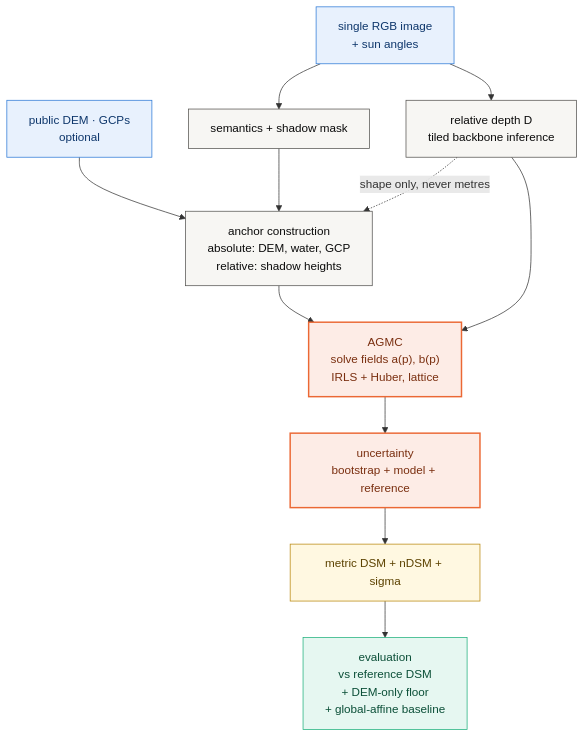
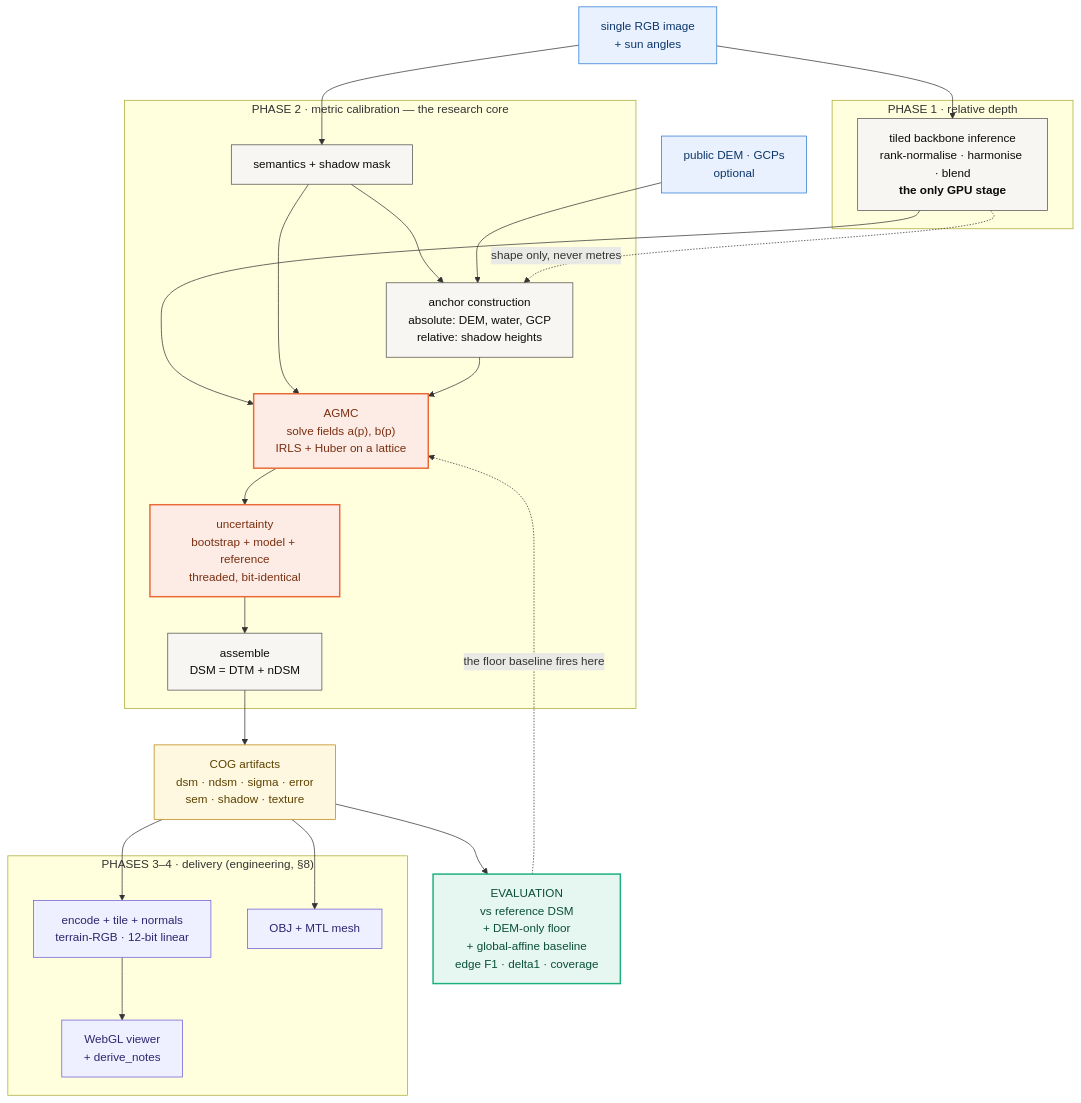
Before and after one commit to Sisigoks/AYAMA: the first of 3 diagrams in README.md, drawn with Mermaid. The commit also changed other lines of this file and 5 other files, not shown here.

````diff
--- a/README.md
+++ b/README.md
@@ -87,26 +87,44 @@
 ```mermaid
 flowchart TB
     classDef inp  fill:#e8f1fd,stroke:#2a78d6,color:#0d366b
-    classDef st   fill:#f7f6f3,stroke:#52514e,color:#0b0b0b
+    classDef p1   fill:#f7f6f3,stroke:#52514e,color:#0b0b0b
     classDef core fill:#fdece6,stroke:#eb6834,stroke-width:2px,color:#7a2f10
     classDef out  fill:#fff8e1,stroke:#b8860b,color:#5c4200
-    classDef ev   fill:#e6f7f1,stroke:#1baf7a,color:#0b4f38
+    classDef ev   fill:#e6f7f1,stroke:#1baf7a,stroke-width:2px,color:#0b4f38
+    classDef p3   fill:#eef0ff,stroke:#6b5bd6,color:#2f2470
 
     IMG["single RGB image<br/>+ sun angles"]:::inp
     AUX["public DEM · GCPs<br/>optional"]:::inp
 
-    DEP["relative depth D<br/>tiled backbone inference"]:::st
-    SEM["semantics + shadow mask"]:::st
-    ANC["anchor construction<br/>absolute: DEM, water, GCP<br/>relative: shadow heights"]:::st
+    subgraph PH1["PHASE 1 · relative depth"]
+        DEP["tiled backbone inference<br/>rank-normalise · harmonise · blend<br/><b>the only GPU stage</b>"]:::p1
+    end
 
-    AGMC["AGMC<br/>solve fields a(p), b(p)<br/>IRLS + Huber, lattice"]:::core
-    UNC["uncertainty<br/>bootstrap + model + reference"]:::core
+    subgraph PH2["PHASE 2 · metric calibration — the research core"]
+        SEM["semantics + shadow mask"]:::p1
+        ANC["anchor construction<br/>absolute: DEM, water, GCP<br/>relative: shadow heights"]:::p1
+        AGMC["AGMC<br/>solve fields a(p), b(p)<br/>IRLS + Huber on a lattice"]:::core
+        UNC["uncertainty<br/>bootstrap + model + reference<br/>threaded, bit-identical"]:::core
+        ASM["assemble<br/>DSM = DTM + nDSM"]:::p1
+    end
 
-    DSM["metric DSM + nDSM + sigma"]:::out
-    EVAL["evaluation<br/>vs reference DSM<br/>+ DEM-only floor<br/>+ global-affine baseline"]:::ev
+    COG["COG artifacts<br/>dsm · ndsm · sigma · error<br/>sem · shadow · texture"]:::out
+
+    subgraph PH34["PHASES 3–4 · delivery (engineering, §8)"]
+        TILE["encode + tile + normals<br/>terrain-RGB · 12-bit linear"]:::p3
+        MESH["OBJ + MTL mesh"]:::p3
+        VIEW["WebGL viewer<br/>+ derive_notes"]:::p3
+    end
+
+    EVAL["EVALUATION<br/>vs reference DSM<br/>+ DEM-only floor<br/>+ global-affine baseline<br/>edge F1 · delta1 · coverage"]:::ev
 
     IMG --> DEP --> AGMC
     IMG --> SEM --> ANC
-    AUX --> ANC --> AGMC --> UNC --> DSM --> EVAL
+    SEM --> AGMC
+    AUX --> ANC --> AGMC --> UNC --> ASM --> COG
     DEP -. "shape only, never metres" .-> ANC
+    COG --> EVAL
+    COG --> TILE --> VIEW
+    COG --> MESH
+    EVAL -. "the floor baseline fires here" .-> AGMC
 ```
````
